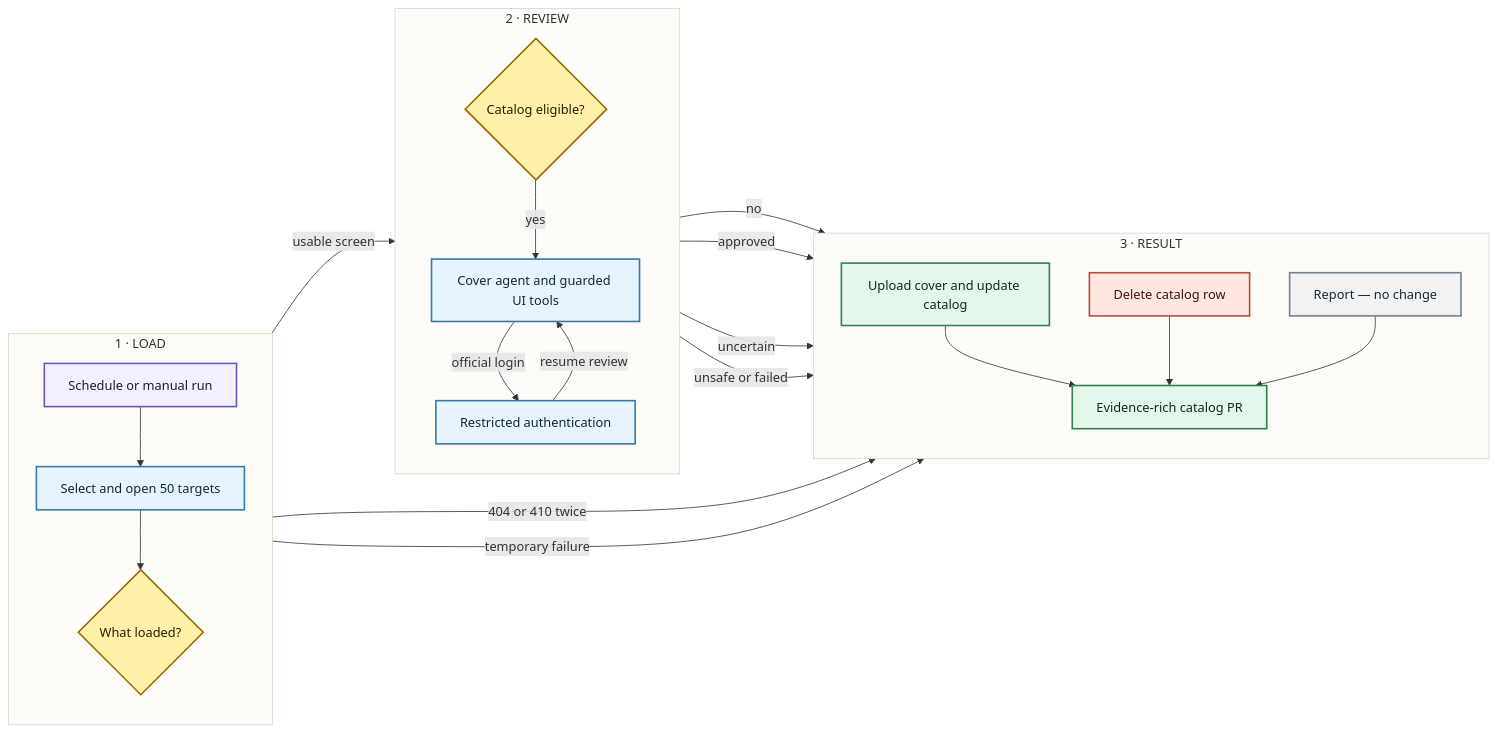
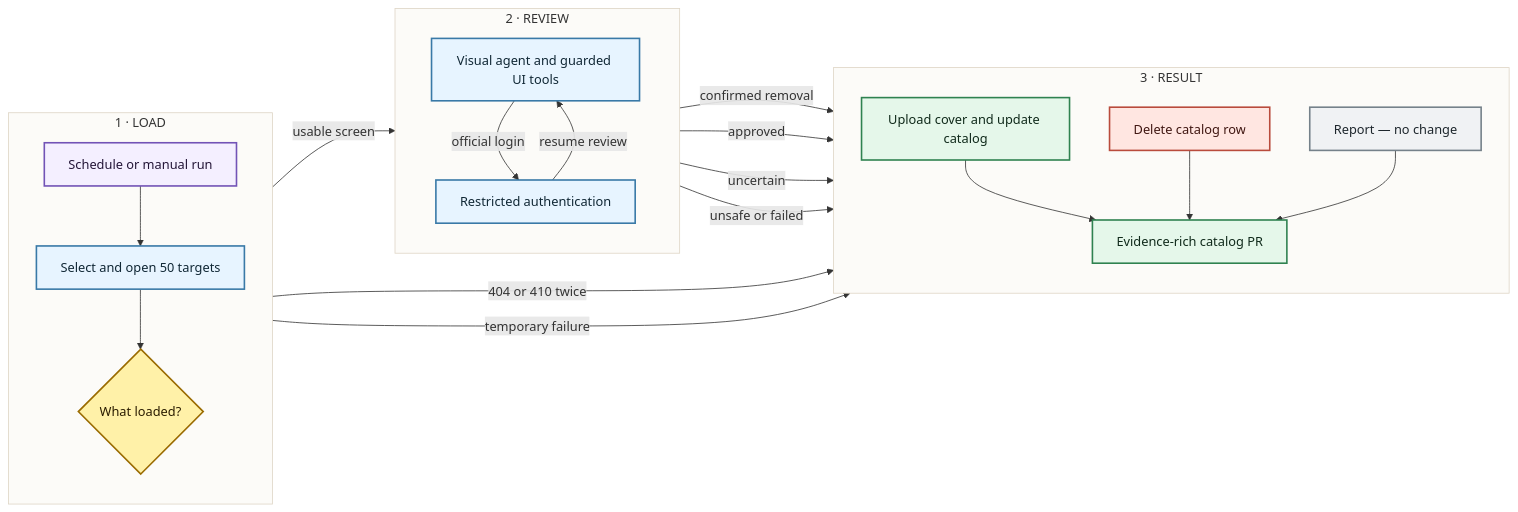
Before and after one commit to pollinations/pollinations: the second of 4 diagrams in apps/app-management/PIPELINE.md, drawn with Mermaid. The commit also changed other lines of this file and 4 other files, not shown here.

````diff
--- a/apps/app-management/PIPELINE.md
+++ b/apps/app-management/PIPELINE.md
@@ -66,46 +66,46 @@
 ```mermaid
 flowchart LR
     subgraph LOAD["1 · LOAD"]
         direction TB
         START["Schedule or manual run"] --> OPEN["Select and open 50 targets"]
         OPEN --> STATUS{"What loaded?"}
     end
 
     subgraph REVIEW["2 · REVIEW"]
         direction TB
-        ELIG{"Catalog eligible?"} -->|"yes"| COVER["Cover agent and guarded UI tools"]
+        COVER["Visual agent and guarded UI tools"]
         COVER -->|"official login"| AUTH["Restricted authentication"]
         AUTH -->|"resume review"| COVER
     end
 
     subgraph RESULT["3 · RESULT"]
         direction TB
         UPDATE["Upload cover and update catalog"] --> REPORT["Evidence-rich catalog PR"]
         DELETE["Delete catalog row"] --> REPORT
         SKIP["Report — no change"] --> REPORT
     end
 
-    STATUS -->|"usable screen"| ELIG
+    STATUS -->|"usable screen"| COVER
     STATUS -->|"404 or 410 twice"| DELETE
     STATUS -->|"temporary failure"| SKIP
-    ELIG -->|"no"| DELETE
+    COVER -->|"confirmed removal"| DELETE
     COVER -->|"approved"| UPDATE
     COVER -->|"uncertain"| SKIP
     AUTH -->|"unsafe or failed"| SKIP
 
     classDef start fill:#f4efff,stroke:#7253b6,color:#241638,stroke-width:2px
     classDef review fill:#e7f4ff,stroke:#3979a7,color:#102735,stroke-width:2px
     classDef decision fill:#fff1a8,stroke:#9a6b00,color:#2b1d00,stroke-width:2px
     classDef success fill:#e5f7ea,stroke:#2f8250,color:#102a1b,stroke-width:2px
     classDef danger fill:#ffe6e1,stroke:#b94b3c,color:#401712,stroke-width:2px
     classDef neutral fill:#f0f2f4,stroke:#75818a,color:#1e272d,stroke-width:2px
     class START start
     class OPEN,COVER,AUTH review
-    class STATUS,ELIG decision
+    class STATUS decision
     class UPDATE,REPORT success
     class DELETE danger
     class SKIP neutral
     style LOAD fill:#fcfbf8,stroke:#ded5c5,stroke-width:1px
     style REVIEW fill:#fcfbf8,stroke:#ded5c5,stroke-width:1px
     style RESULT fill:#fcfbf8,stroke:#ded5c5,stroke-width:1px
 ```
````
